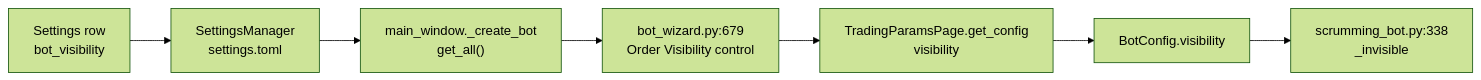
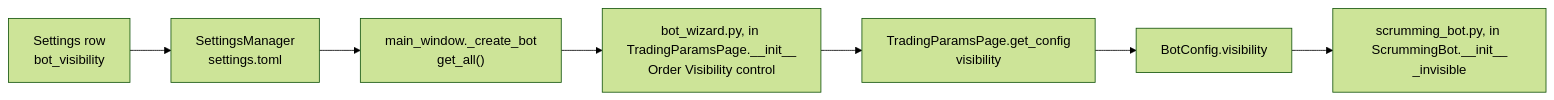
The ninth of 22 diagrams in docs/manual/08-tabs/settings.md (Acervator-LLC/ACERVATOR), drawn with Mermaid (forest theme) before and after one commit. The commit also changed other lines of this file and 12 other files, not shown here.

````diff
--- a/docs/manual/08-tabs/settings.md
+++ b/docs/manual/08-tabs/settings.md
@@ -3812,9 +3812,9 @@
 ```mermaid
 flowchart LR
   A["Settings row<br/>bot_visibility"] --> B["SettingsManager<br/>settings.toml"]
   B --> C["main_window._create_bot<br/>get_all()"]
-  C --> D["bot_wizard.py:679<br/>Order Visibility control"]
+  C --> D["bot_wizard.py, in TradingParamsPage.__init__<br/>Order Visibility control"]
   D --> E["TradingParamsPage.get_config<br/>visibility"]
   E --> F["BotConfig.visibility"]
-  F --> G["scrumming_bot.py:338<br/>_invisible"]
+  F --> G["scrumming_bot.py, in ScrummingBot.__init__<br/>_invisible"]
 ```
````
